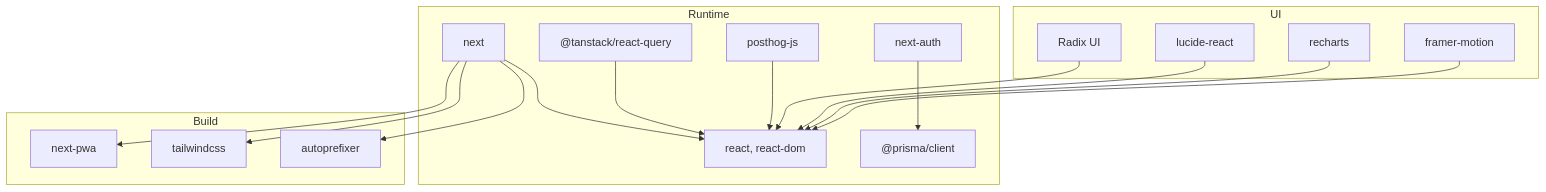
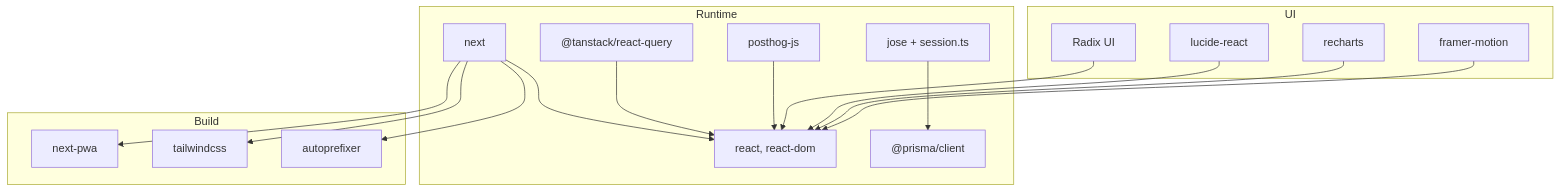
Diagram 11 of 11 in src/data/docs/talentsync/Frontend Application/Next.js Application Architecture.md (tashifkhan/tashif.codes), drawn with Mermaid before and after one commit. The commit also changed other lines of this file and 2128 other files, not shown here.

First line of the commit message:
docs: replace raster diagram images with native Mermaid across project guides

````diff
--- a/src/data/docs/talentsync/Frontend Application/Next.js Application Architecture.md
+++ b/src/data/docs/talentsync/Frontend Application/Next.js Application Architecture.md
@@ -297,33 +292,33 @@
 ```mermaid
 graph TB
 subgraph "Runtime"
 NEXT["next"]
 REACT["react, react-dom"]
-NEXT_AUTH["next-auth"]
+NEXT_AUTH["jose + session.ts"]
 QUERY["@tanstack/react-query"]
 POSTHOG["posthog-js"]
 PRISMA["@prisma/client"]
 end
 subgraph "UI"
 RADIX["Radix UI"]
 LUCIDE["lucide-react"]
 RECHARTS["recharts"]
 MOTION["framer-motion"]
 end
 subgraph "Build"
 PWA["next-pwa"]
 TAILWIND["tailwindcss"]
 AUTOPREFIX["autoprefixer"]
 end
 NEXT --> REACT
 NEXT_AUTH --> PRISMA
 QUERY --> REACT
 POSTHOG --> REACT
 NEXT --> PWA
 NEXT --> TAILWIND
 NEXT --> AUTOPREFIX
 RADIX --> REACT
 LUCIDE --> REACT
 RECHARTS --> REACT
 MOTION --> REACT
 ```
````
